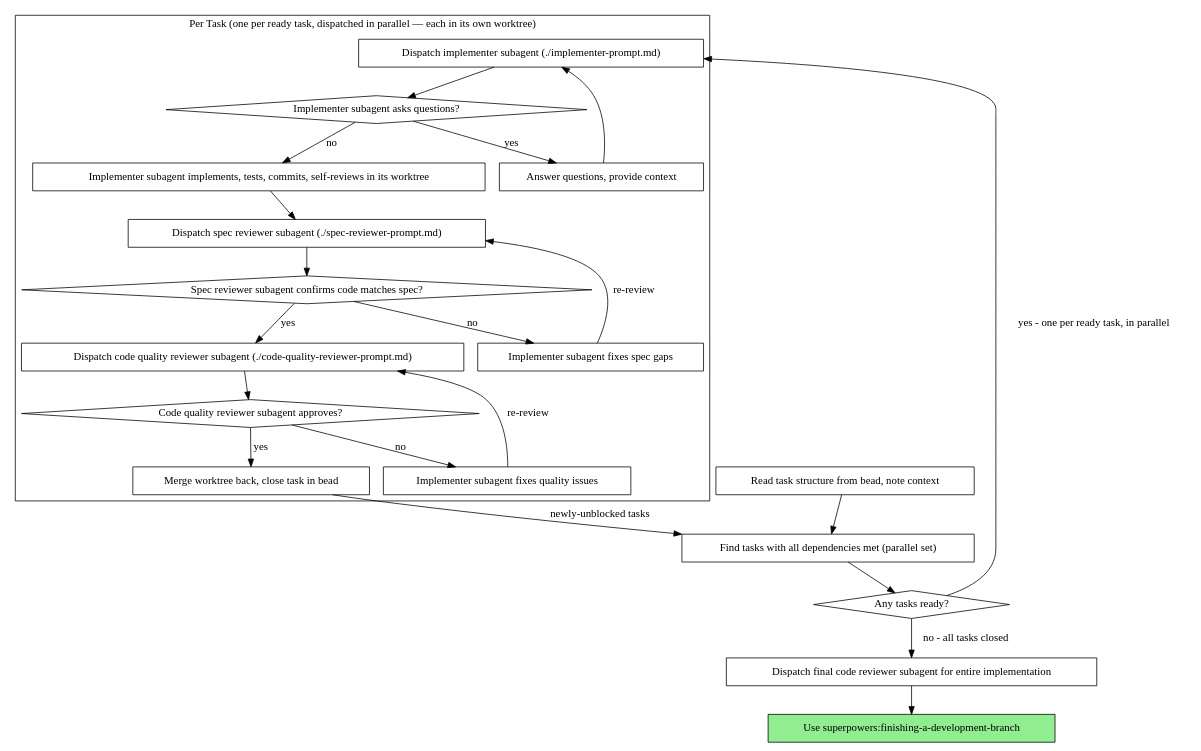
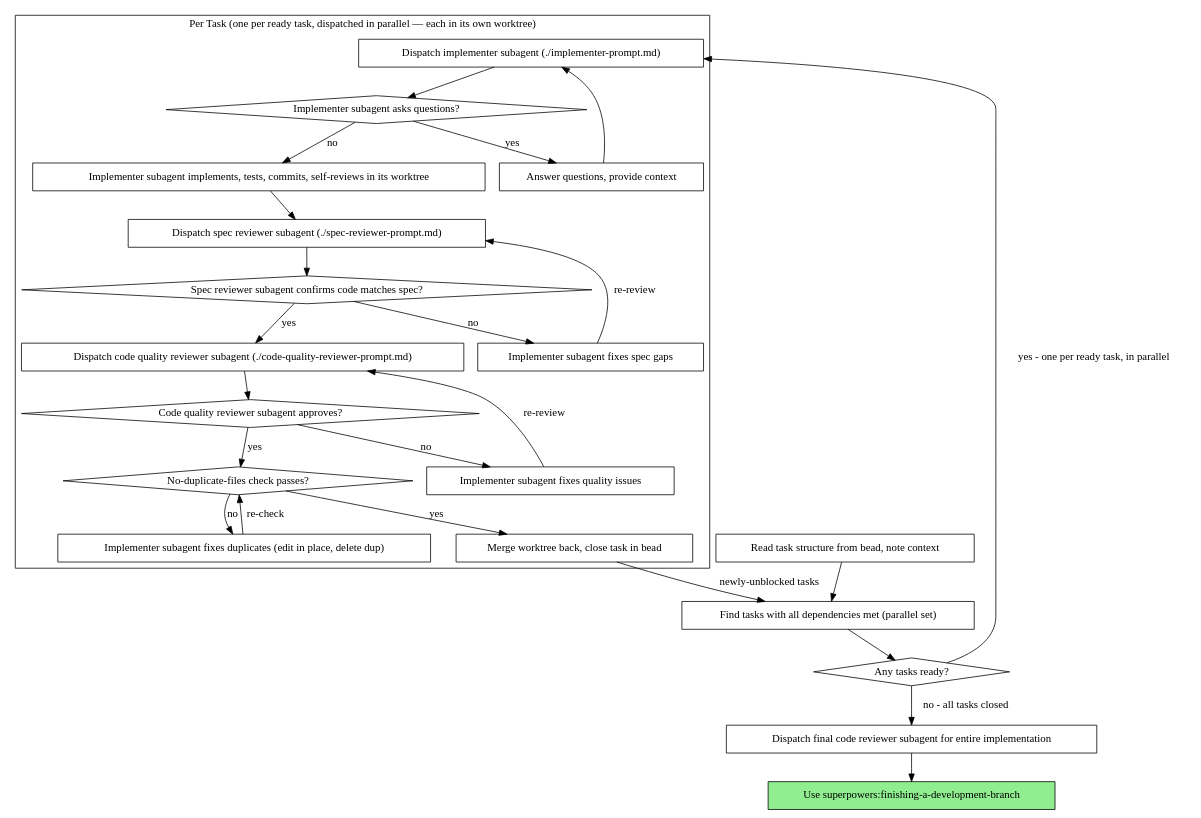
One commit to AvivK5498/superpowers changed the second of 2 diagrams in skills/subagent-driven-development/SKILL.md. Above: the diagram before and after it, drawn with Graphviz. The commit also changed other lines of this file and 4 other files, not shown here.

````diff
--- a/skills/subagent-driven-development/SKILL.md
+++ b/skills/subagent-driven-development/SKILL.md
@@ -45,46 +45,51 @@
 ```dot
 digraph process {
     rankdir=TB;
 
     subgraph cluster_per_task {
         label="Per Task (one per ready task, dispatched in parallel — each in its own worktree)";
         "Dispatch implementer subagent (./implementer-prompt.md)" [shape=box];
         "Implementer subagent asks questions?" [shape=diamond];
         "Answer questions, provide context" [shape=box];
         "Implementer subagent implements, tests, commits, self-reviews in its worktree" [shape=box];
         "Dispatch spec reviewer subagent (./spec-reviewer-prompt.md)" [shape=box];
         "Spec reviewer subagent confirms code matches spec?" [shape=diamond];
         "Implementer subagent fixes spec gaps" [shape=box];
         "Dispatch code quality reviewer subagent (./code-quality-reviewer-prompt.md)" [shape=box];
         "Code quality reviewer subagent approves?" [shape=diamond];
         "Implementer subagent fixes quality issues" [shape=box];
+        "No-duplicate-files check passes?" [shape=diamond];
+        "Implementer subagent fixes duplicates (edit in place, delete dup)" [shape=box];
         "Merge worktree back, close task in bead" [shape=box];
     }
 
     "Read task structure from bead, note context" [shape=box];
     "Find tasks with all dependencies met (parallel set)" [shape=box];
     "Any tasks ready?" [shape=diamond];
     "Dispatch final code reviewer subagent for entire implementation" [shape=box];
     "Use superpowers:finishing-a-development-branch" [shape=box style=filled fillcolor=lightgreen];
 
     "Read task structure from bead, note context" -> "Find tasks with all dependencies met (parallel set)";
     "Find tasks with all dependencies met (parallel set)" -> "Any tasks ready?";
     "Any tasks ready?" -> "Dispatch implementer subagent (./implementer-prompt.md)" [label="yes - one per ready task, in parallel"];
     "Dispatch implementer subagent (./implementer-prompt.md)" -> "Implementer subagent asks questions?";
     "Implementer subagent asks questions?" -> "Answer questions, provide context" [label="yes"];
     "Answer questions, provide context" -> "Dispatch implementer subagent (./implementer-prompt.md)";
     "Implementer subagent asks questions?" -> "Implementer subagent implements, tests, commits, self-reviews in its worktree" [label="no"];
     "Implementer subagent implements, tests, commits, self-reviews in its worktree" -> "Dispatch spec reviewer subagent (./spec-reviewer-prompt.md)";
     "Dispatch spec reviewer subagent (./spec-reviewer-prompt.md)" -> "Spec reviewer subagent confirms code matches spec?";
     "Spec reviewer subagent confirms code matches spec?" -> "Implementer subagent fixes spec gaps" [label="no"];
     "Implementer subagent fixes spec gaps" -> "Dispatch spec reviewer subagent (./spec-reviewer-prompt.md)" [label="re-review"];
     "Spec reviewer subagent confirms code matches spec?" -> "Dispatch code quality reviewer subagent (./code-quality-reviewer-prompt.md)" [label="yes"];
     "Dispatch code quality reviewer subagent (./code-quality-reviewer-prompt.md)" -> "Code quality reviewer subagent approves?";
     "Code quality reviewer subagent approves?" -> "Implementer subagent fixes quality issues" [label="no"];
     "Implementer subagent fixes quality issues" -> "Dispatch code quality reviewer subagent (./code-quality-reviewer-prompt.md)" [label="re-review"];
-    "Code quality reviewer subagent approves?" -> "Merge worktree back, close task in bead" [label="yes"];
+    "Code quality reviewer subagent approves?" -> "No-duplicate-files check passes?" [label="yes"];
+    "No-duplicate-files check passes?" -> "Implementer subagent fixes duplicates (edit in place, delete dup)" [label="no"];
+    "Implementer subagent fixes duplicates (edit in place, delete dup)" -> "No-duplicate-files check passes?" [label="re-check"];
+    "No-duplicate-files check passes?" -> "Merge worktree back, close task in bead" [label="yes"];
     "Merge worktree back, close task in bead" -> "Find tasks with all dependencies met (parallel set)" [label="newly-unblocked tasks"];
     "Any tasks ready?" -> "Dispatch final code reviewer subagent for entire implementation" [label="no - all tasks closed"];
     "Dispatch final code reviewer subagent for entire implementation" -> "Use superpowers:finishing-a-development-branch";
 }
 ```
````
